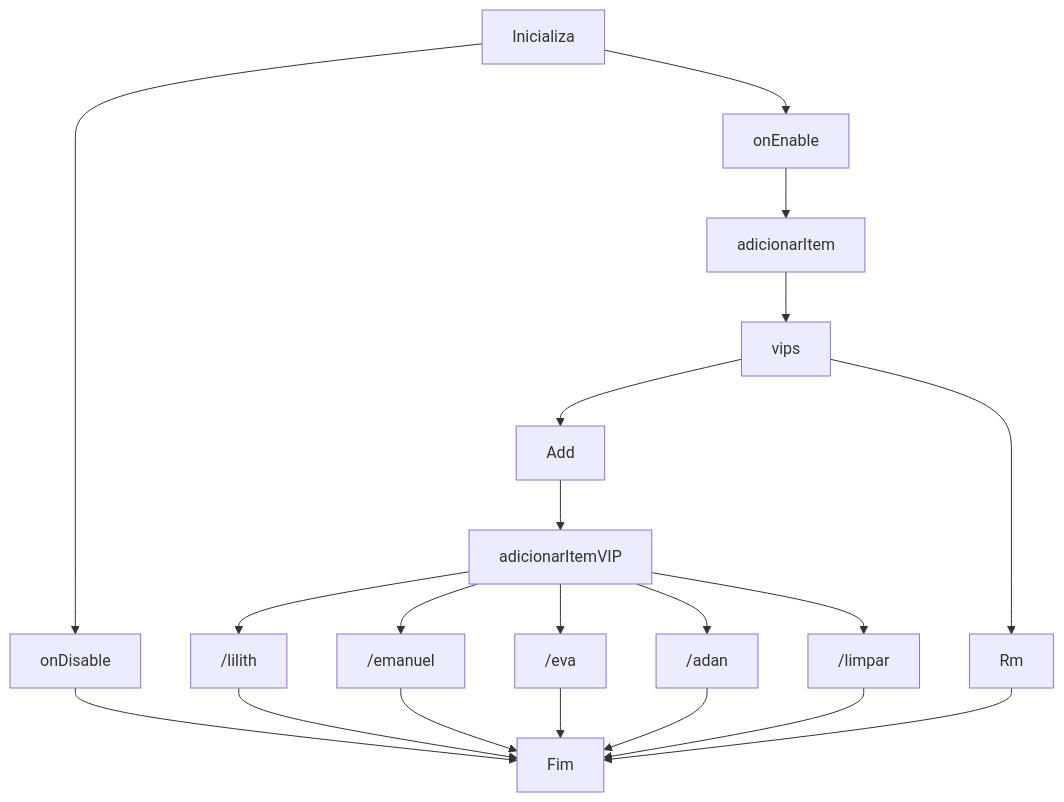
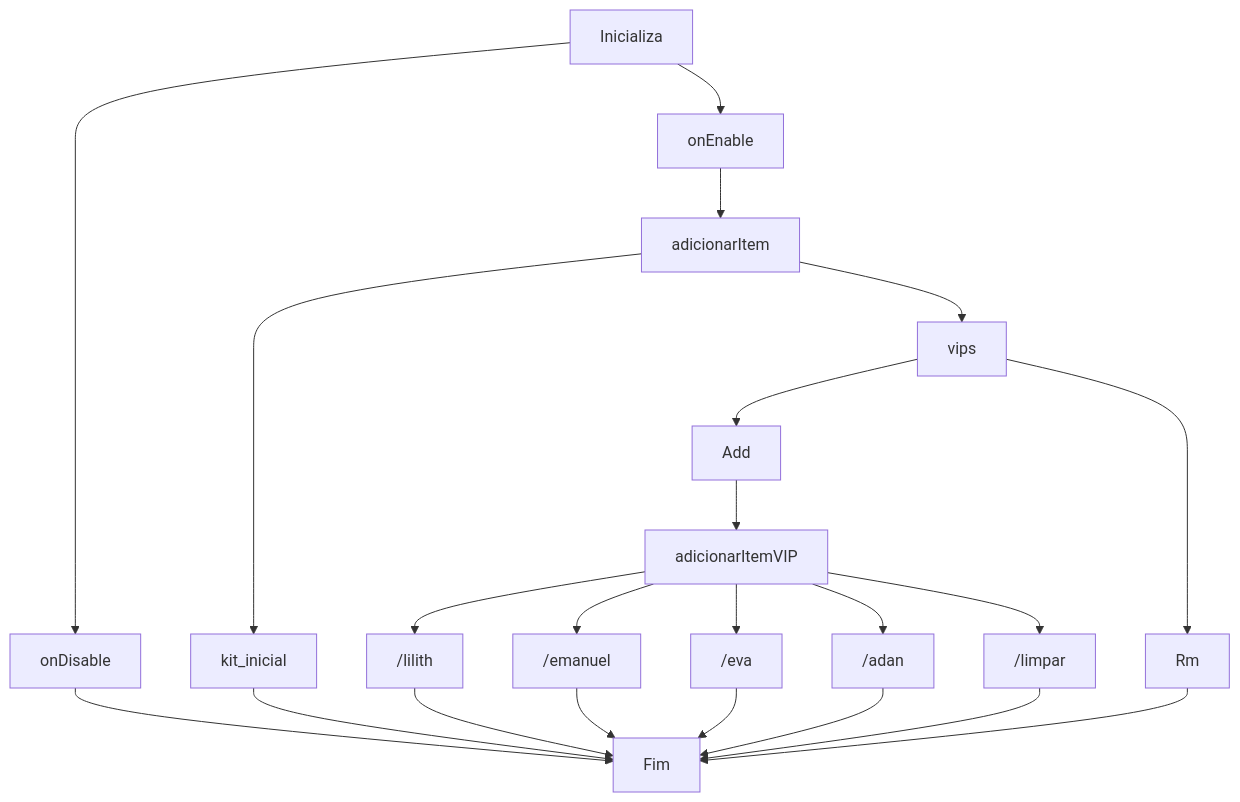
The diagram in README.md (astral123457/bk), drawn with Mermaid before and after one commit.

````diff
--- a/README.md
+++ b/README.md
@@ -64,22 +64,24 @@
 ```mermaid
 graph TD;
     Inicializa-->onEnable;
     Inicializa-->onDisable;
     onEnable-->adicionarItem;
     onDisable-->Fim;
     adicionarItem-->vips;
+    adicionarItem-->kit_inicial;
     vips-->Add;
     vips-->Rm;
+    kit_inicial-->Fim;
     Add-->adicionarItemVIP;
     adicionarItemVIP-->/lilith;
     /lilith-->Fim;
     adicionarItemVIP-->/emanuel;
     /emanuel-->Fim;
     adicionarItemVIP-->/eva;
     /eva-->Fim;
     adicionarItemVIP-->/adan;
     /adan-->Fim;
     adicionarItemVIP-->/limpar;
     /limpar-->Fim;
     Rm-->Fim;
 ```
````
